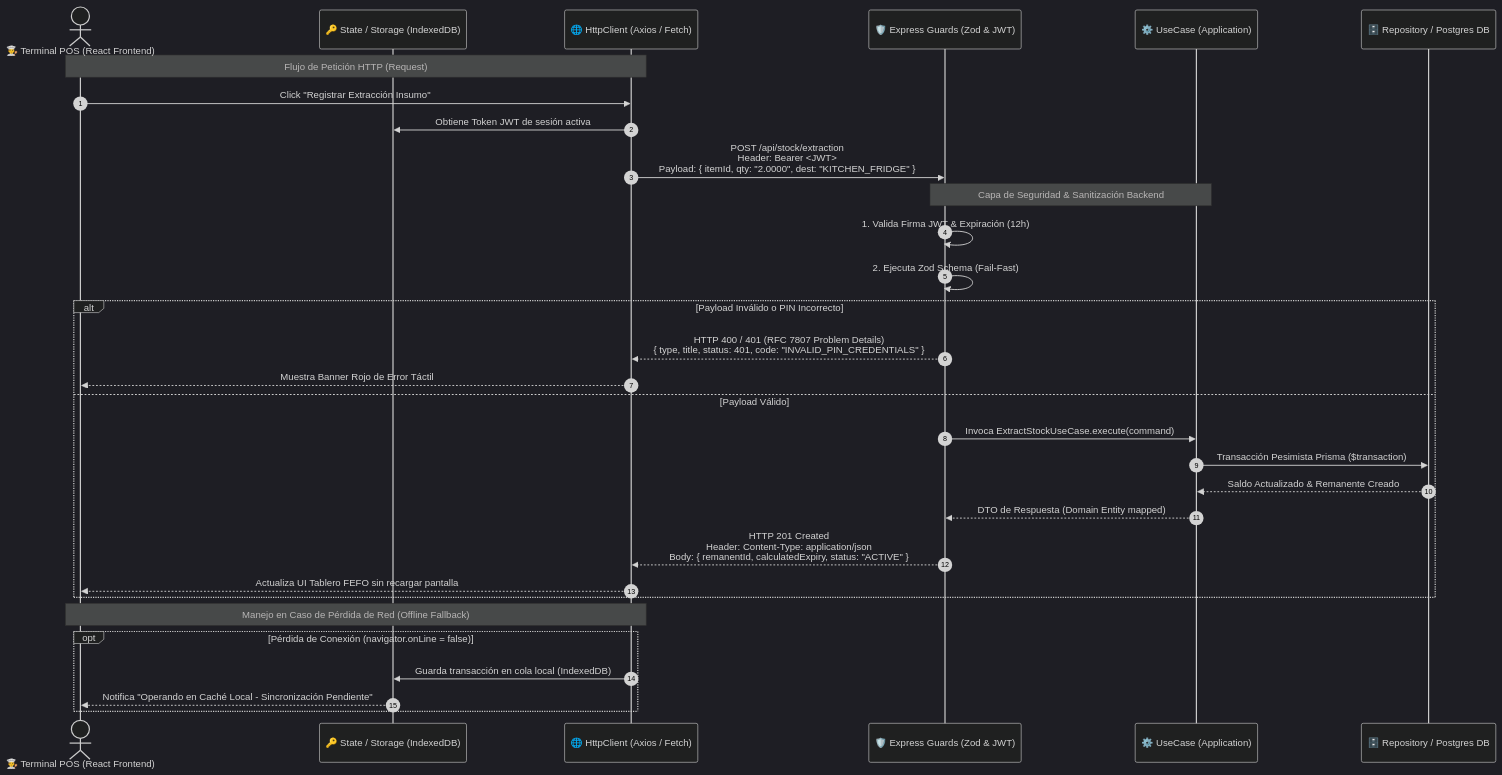
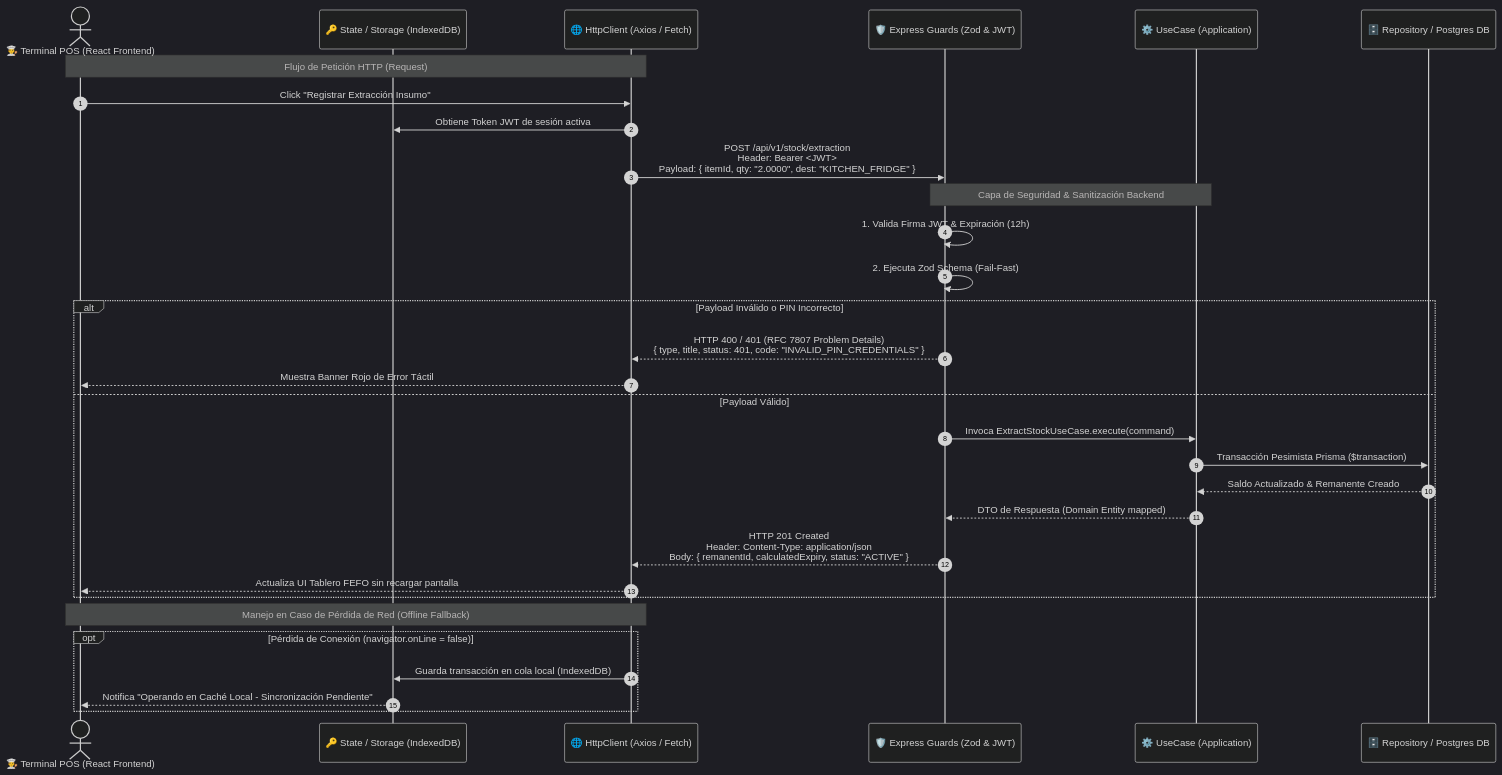
The diagram in docs/03_persistence_and_api/07_api_specification.md (LIDR-academy/AI4Devs-finalproject), drawn with Mermaid (dark theme) before and after one commit. The commit also changed other lines of this file and 39 other files, not shown here.

````diff
--- a/docs/03_persistence_and_api/07_api_specification.md
+++ b/docs/03_persistence_and_api/07_api_specification.md
@@ -36,37 +36,37 @@
 ```mermaid
 sequenceDiagram
     autonumber
     actor Cocinero as 👨‍🍳 Terminal POS (React Frontend)
     participant AuthState as 🔑 State / Storage (IndexedDB)
     participant ClientHttp as 🌐 HttpClient (Axios / Fetch)
     participant Middleware as 🛡️ Express Guards (Zod & JWT)
     participant UseCase as ⚙️ UseCase (Application)
     participant RepoDB as 🗄️ Repository / Postgres DB
 
     Note over Cocinero, ClientHttp: Flujo de Petición HTTP (Request)
     Cocinero->>ClientHttp: Click "Registrar Extracción Insumo"
     ClientHttp->>AuthState: Obtiene Token JWT de sesión activa
-    ClientHttp->>Middleware: POST /api/stock/extraction<br/>Header: Bearer <JWT><br/>Payload: { itemId, qty: "2.0000", dest: "KITCHEN_FRIDGE" }
+    ClientHttp->>Middleware: POST /api/v1/stock/extraction<br/>Header: Bearer <JWT><br/>Payload: { itemId, qty: "2.0000", dest: "KITCHEN_FRIDGE" }
 
     Note over Middleware, UseCase: Capa de Seguridad & Sanitización Backend
     Middleware->>Middleware: 1. Valida Firma JWT & Expiración (12h)
     Middleware->>Middleware: 2. Ejecuta Zod Schema (Fail-Fast)
     
     alt Payload Inválido o PIN Incorrecto
         Middleware-->>ClientHttp: HTTP 400 / 401 (RFC 7807 Problem Details)<br/>{ type, title, status: 401, code: "INVALID_PIN_CREDENTIALS" }
         ClientHttp-->>Cocinero: Muestra Banner Rojo de Error Táctil
     else Payload Válido
         Middleware->>UseCase: Invoca ExtractStockUseCase.execute(command)
         UseCase->>RepoDB: Transacción Pesimista Prisma ($transaction)
         RepoDB-->>UseCase: Saldo Actualizado & Remanente Creado
         UseCase-->>Middleware: DTO de Respuesta (Domain Entity mapped)
         Middleware-->>ClientHttp: HTTP 201 Created<br/>Header: Content-Type: application/json<br/>Body: { remanentId, calculatedExpiry, status: "ACTIVE" }
         ClientHttp-->>Cocinero: Actualiza UI Tablero FEFO sin recargar pantalla
     end
 
     Note over Cocinero, ClientHttp: Manejo en Caso de Pérdida de Red (Offline Fallback)
     opt Pérdida de Conexión (navigator.onLine = false)
         ClientHttp->>AuthState: Guarda transacción en cola local (IndexedDB)
         AuthState-->>Cocinero: Notifica "Operando en Caché Local - Sincronización Pendiente"
     end
 ```
````
